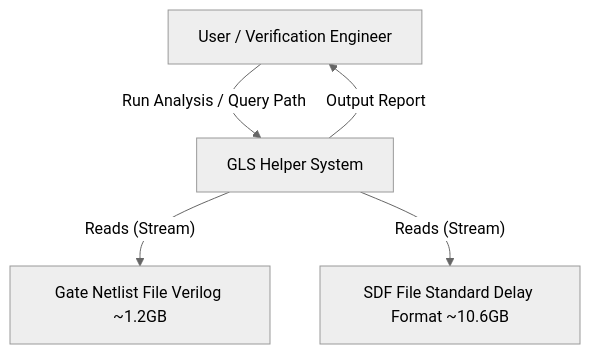
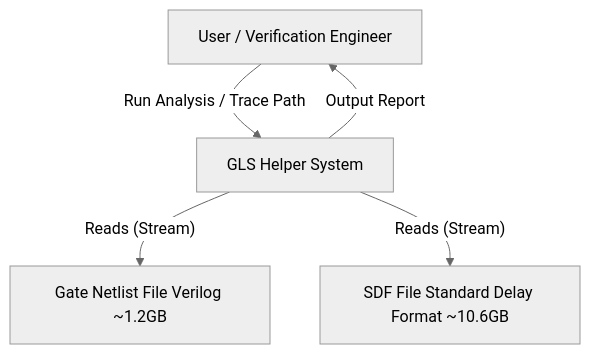
The first of 4 diagrams in c4-architecture.md (taroskee/GLS-Helper), drawn with Mermaid (neutral theme) before and after one commit. The commit also changed other lines of this file, not shown here.

Commit message:
fix: c4-architecture.md

````diff
--- a/c4-architecture.md
+++ b/c4-architecture.md
@@ -19,13 +19,13 @@
 ```mermaid
 graph TB
     User[User / Verification Engineer]
     GLSHelper[GLS Helper System]
     
     FileGate[Gate Netlist File Verilog ~1.2GB]
     FileSDF[SDF File Standard Delay Format ~10.6GB]
     
-    User -- "Run Analysis / Query Path" --> GLSHelper
+    User -- "Run Analysis / Trace Path" --> GLSHelper
     GLSHelper -- "Reads (Stream)" --> FileGate
     GLSHelper -- "Reads (Stream)" --> FileSDF
     GLSHelper -- "Output Report" --> User
 ```
````
